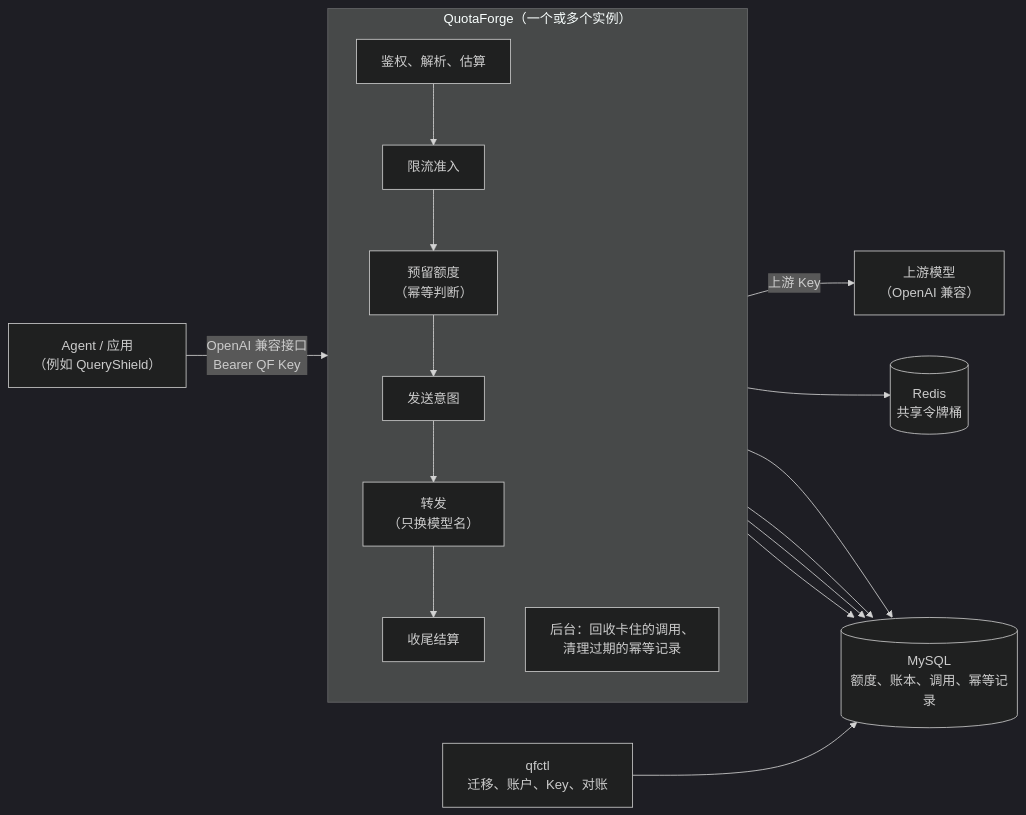
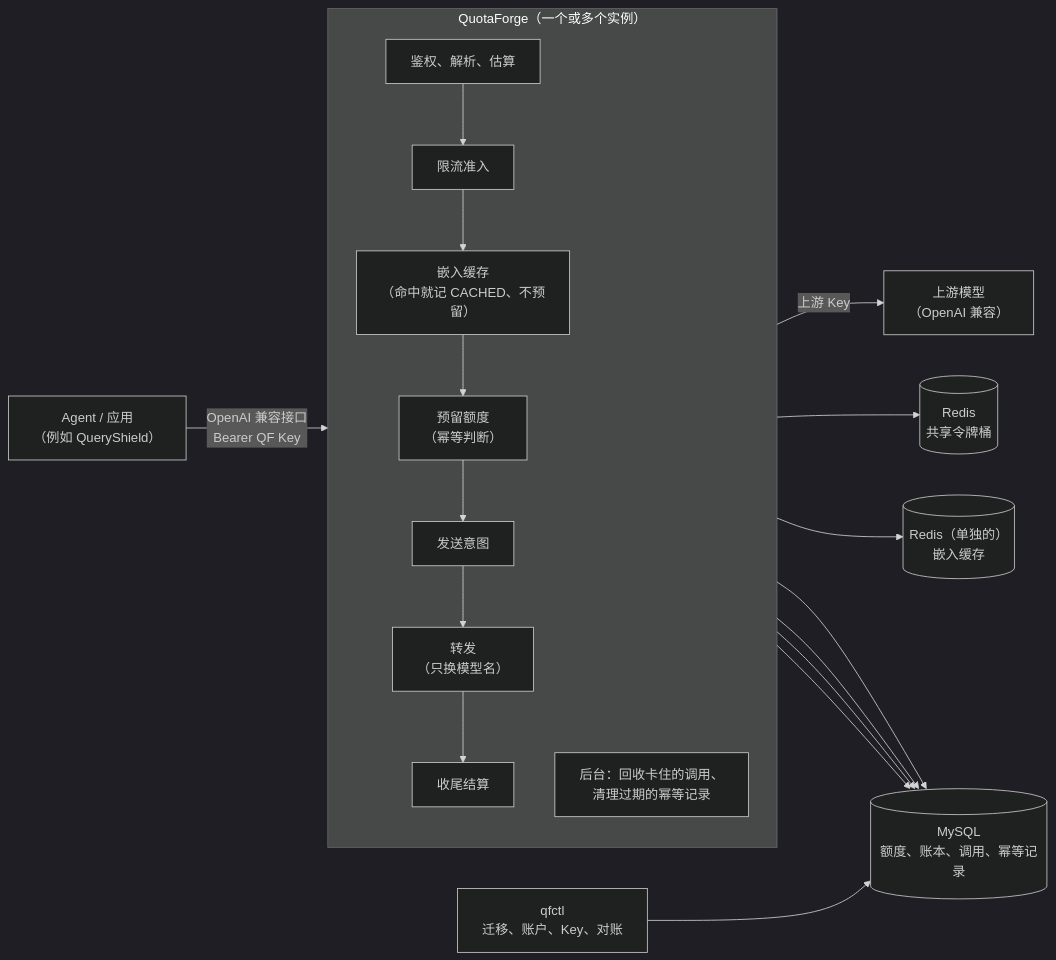
One commit to Jonsonwu0823-coding/quotaforge changed the diagram in README.md. Above: the diagram before and after it, drawn with Mermaid (dark theme). The commit also changed other lines of this file and 44 other files, not shown here.

````diff
--- a/README.md
+++ b/README.md
@@ -12,17 +13,18 @@
 ```mermaid
 flowchart LR
     client["Agent / 应用<br/>（例如 QueryShield）"]
     subgraph qf["QuotaForge（一个或多个实例）"]
         direction TB
-        check["鉴权、解析、估算"] --> admit["限流准入"] --> reserve["预留额度<br/>（幂等判断）"] --> intent["发送意图"] --> forward["转发<br/>（只换模型名）"] --> settle["收尾结算"]
+        check["鉴权、解析、估算"] --> admit["限流准入"] --> cache["嵌入缓存<br/>（命中就记 CACHED、不预留）"] --> reserve["预留额度<br/>（幂等判断）"] --> intent["发送意图"] --> forward["转发<br/>（只换模型名）"] --> settle["收尾结算"]
         bg["后台：回收卡住的调用、<br/>清理过期的幂等记录"]
     end
     client -- "OpenAI 兼容接口<br/>Bearer QF Key" --> check
     forward -- "上游 Key" --> upstream["上游模型<br/>（OpenAI 兼容）"]
     admit --> redis[("Redis<br/>共享令牌桶")]
+    cache --> rcache[("Redis（单独的）<br/>嵌入缓存")]
     reserve --> mysql[("MySQL<br/>额度、账本、调用、幂等记录")]
     intent --> mysql
     settle --> mysql
     bg --> mysql
     qfctl["qfctl<br/>迁移、账户、Key、对账"] --> mysql
 ```
````
